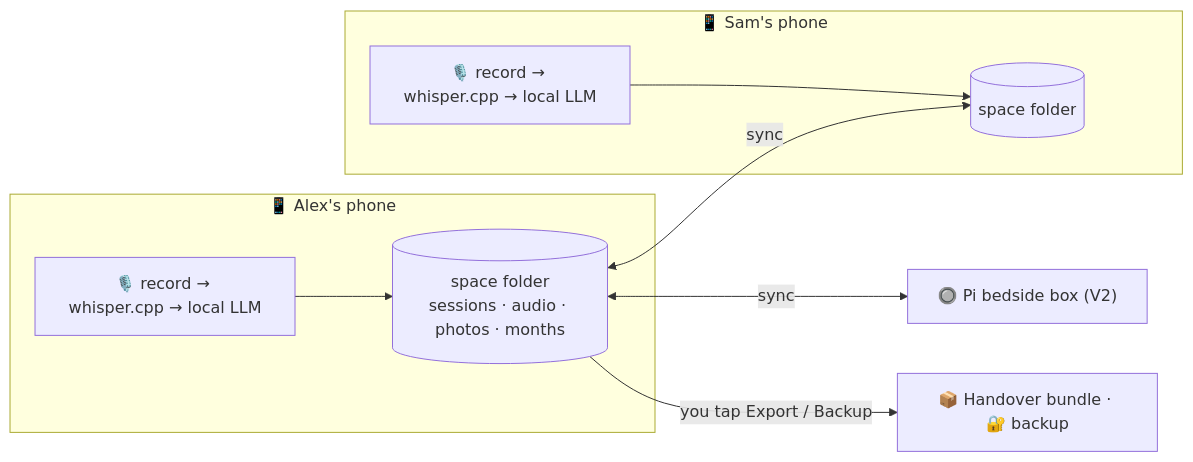
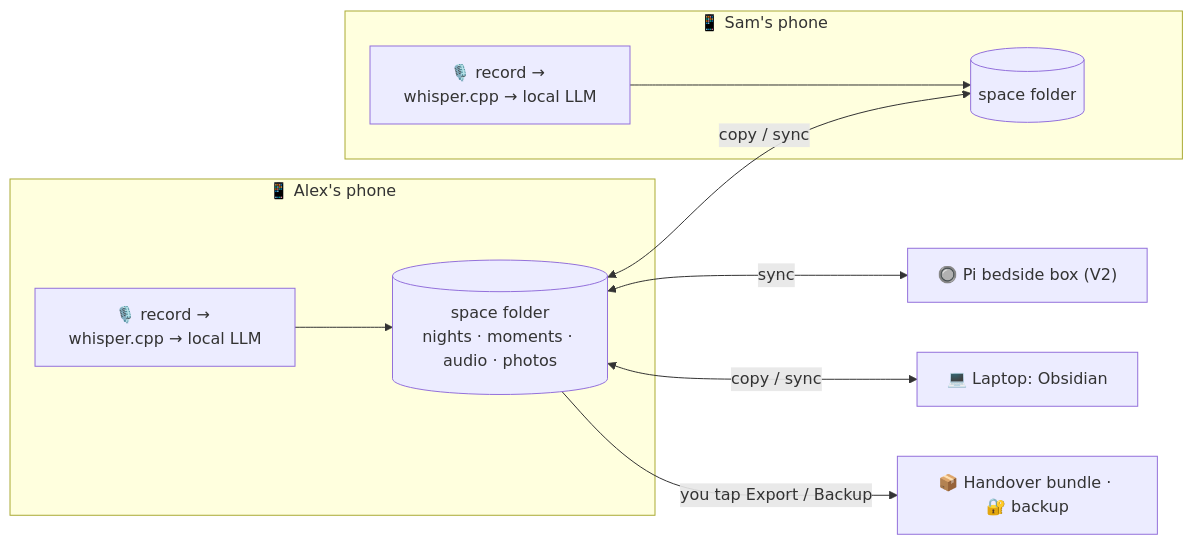
The diagram in docs/architecture.md (noahblauensteiner/dream2gether), drawn with Mermaid before and after one commit. The commit also changed other lines of this file and 5 other files, not shown here.

First line of the commit message:
Obsidian as laptop view, one note per moment, manual sync first

````diff
--- a/docs/architecture.md
+++ b/docs/architecture.md
@@ -15,13 +17,15 @@
 ```mermaid
 flowchart LR
   subgraph pa["📱 Alex's phone"]
-    ra["🎙️ record → whisper.cpp → local LLM"] --> fa[("space folder<br/>sessions · audio · photos · months")]
+    ra["🎙️ record → whisper.cpp → local LLM"] --> fa[("space folder<br/>nights · moments · audio · photos")]
   end
   subgraph pb["📱 Sam's phone"]
     rb["🎙️ record → whisper.cpp → local LLM"] --> fb[("space folder")]
   end
   box["🔘 Pi bedside box (V2)"]
-  fa <-- "sync" --> fb
+  laptop["💻 Laptop: Obsidian"]
+  fa <-- "copy / sync" --> fb
+  fa <-- "copy / sync" --> laptop
   fa <-- "sync" --> box
   fa -- "you tap Export / Backup" --> out["📦 Handover bundle · 🔐 backup"]
 ```
````
